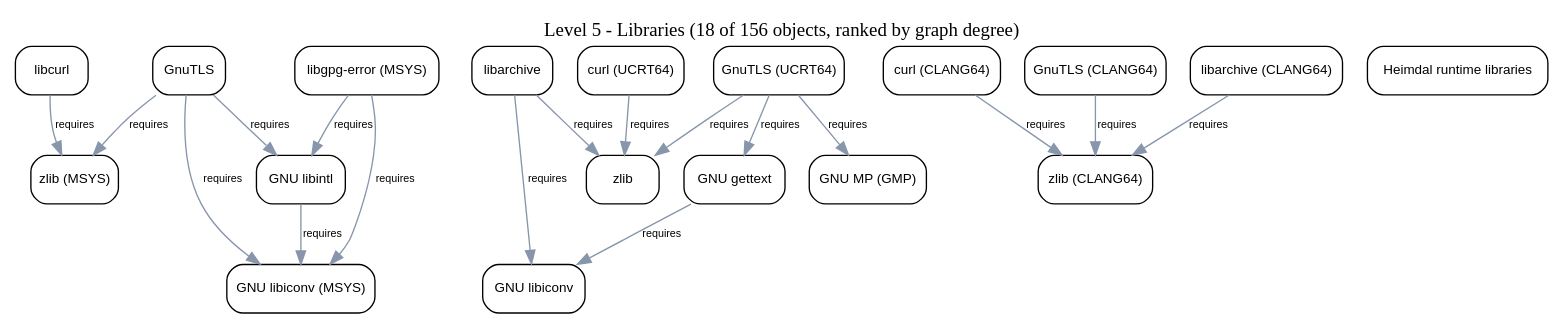
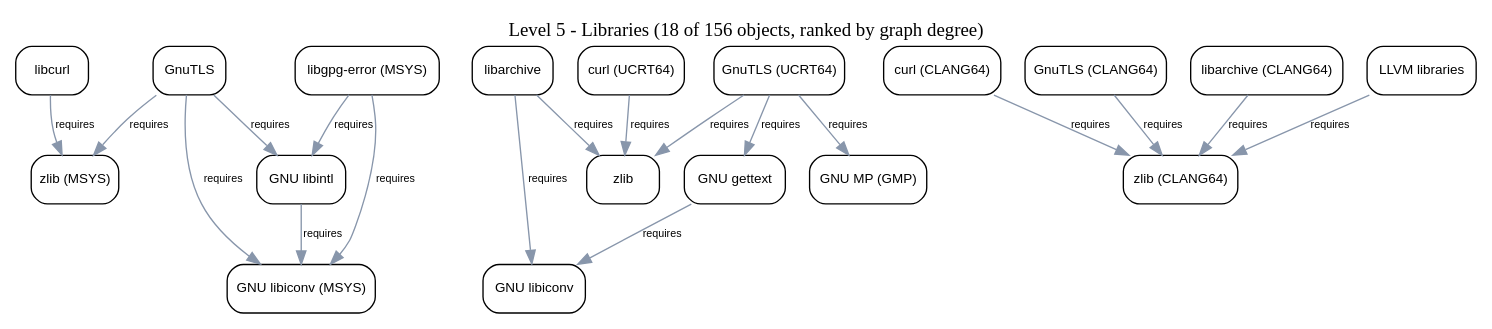
Before and after one commit to baileyrd/AKB: the diagram in diagrams/level-5.dot, drawn with Graphviz. The commit also changed 29 other files, not shown here.

```diff
--- a/diagrams/level-5.dot
+++ b/diagrams/level-5.dot
@@ -1,43 +1,44 @@
 // Generated from the composed model by tools/build_diagrams.py - do not edit by hand.
 digraph level_5 {
   rankdir=TB;
   node [shape=box style=rounded fontname="sans-serif" fontsize=10];
   edge [fontname="sans-serif" fontsize=8 color="#8896ab"];
   label="Level 5 - Libraries (18 of 156 objects, ranked by graph degree)";
   labelloc=t;
   n0 [label="GNU libintl" tooltip="library:gnu:libintl" URL="../generated/explorer/index.html#/object/library%3Agnu%3Alibintl"];
   n1 [label="libcurl" tooltip="library:curl:libcurl" URL="../generated/explorer/index.html#/object/library%3Acurl%3Alibcurl"];
   n2 [label="GNU libiconv (MSYS)" tooltip="library:gnu:libiconv@msys" URL="../generated/explorer/index.html#/object/library%3Agnu%3Alibiconv%40msys"];
   n3 [label="zlib" tooltip="library:gnu:zlib" URL="../generated/explorer/index.html#/object/library%3Agnu%3Azlib"];
   n4 [label="zlib (MSYS)" tooltip="library:gnu:zlib@msys" URL="../generated/explorer/index.html#/object/library%3Agnu%3Azlib%40msys"];
   n5 [label="curl (UCRT64)" tooltip="library:curl:curl@ucrt64" URL="../generated/explorer/index.html#/object/library%3Acurl%3Acurl%40ucrt64"];
   n6 [label="GnuTLS" tooltip="library:gnutls:gnutls" URL="../generated/explorer/index.html#/object/library%3Agnutls%3Agnutls"];
   n7 [label="libarchive" tooltip="library:libarchive:libarchive" URL="../generated/explorer/index.html#/object/library%3Alibarchive%3Alibarchive"];
   n8 [label="curl (CLANG64)" tooltip="library:curl:curl@clang64" URL="../generated/explorer/index.html#/object/library%3Acurl%3Acurl%40clang64"];
   n9 [label="GNU gettext" tooltip="library:gnu:gettext" URL="../generated/explorer/index.html#/object/library%3Agnu%3Agettext"];
   n10 [label="zlib (CLANG64)" tooltip="library:gnu:zlib@clang64" URL="../generated/explorer/index.html#/object/library%3Agnu%3Azlib%40clang64"];
   n11 [label="GnuTLS (CLANG64)" tooltip="library:gnutls:gnutls@clang64" URL="../generated/explorer/index.html#/object/library%3Agnutls%3Agnutls%40clang64"];
   n12 [label="GnuTLS (UCRT64)" tooltip="library:gnutls:gnutls@ucrt64" URL="../generated/explorer/index.html#/object/library%3Agnutls%3Agnutls%40ucrt64"];
-  n13 [label="libgpg-error (MSYS)" tooltip="library:gnupg:libgpg-error@msys" URL="../generated/explorer/index.html#/object/library%3Agnupg%3Alibgpg-error%40msys"];
-  n14 [label="libarchive (CLANG64)" tooltip="library:libarchive:libarchive@clang64" URL="../generated/explorer/index.html#/object/library%3Alibarchive%3Alibarchive%40clang64"];
-  n15 [label="GNU MP (GMP)" tooltip="library:gnu:gmp" URL="../generated/explorer/index.html#/object/library%3Agnu%3Agmp"];
-  n16 [label="GNU libiconv" tooltip="library:gnu:libiconv" URL="../generated/explorer/index.html#/object/library%3Agnu%3Alibiconv"];
-  n17 [label="Heimdal runtime libraries" tooltip="library:h5l:heimdal-libs" URL="../generated/explorer/index.html#/object/library%3Ah5l%3Aheimdal-libs"];
-  n9 -> n16 [label="requires"];
-  n7 -> n16 [label="requires"];
+  n13 [label="GNU libiconv" tooltip="library:gnu:libiconv" URL="../generated/explorer/index.html#/object/library%3Agnu%3Alibiconv"];
+  n14 [label="libgpg-error (MSYS)" tooltip="library:gnupg:libgpg-error@msys" URL="../generated/explorer/index.html#/object/library%3Agnupg%3Alibgpg-error%40msys"];
+  n15 [label="libarchive (CLANG64)" tooltip="library:libarchive:libarchive@clang64" URL="../generated/explorer/index.html#/object/library%3Alibarchive%3Alibarchive%40clang64"];
+  n16 [label="LLVM libraries" tooltip="library:llvm:llvm-libs" URL="../generated/explorer/index.html#/object/library%3Allvm%3Allvm-libs"];
+  n17 [label="GNU MP (GMP)" tooltip="library:gnu:gmp" URL="../generated/explorer/index.html#/object/library%3Agnu%3Agmp"];
+  n9 -> n13 [label="requires"];
+  n7 -> n13 [label="requires"];
   n7 -> n3 [label="requires"];
   n6 -> n0 [label="requires"];
-  n13 -> n0 [label="requires"];
+  n14 -> n0 [label="requires"];
   n6 -> n2 [label="requires"];
   n0 -> n2 [label="requires"];
-  n13 -> n2 [label="requires"];
+  n14 -> n2 [label="requires"];
   n1 -> n4 [label="requires"];
   n11 -> n10 [label="requires"];
   n8 -> n10 [label="requires"];
-  n14 -> n10 [label="requires"];
+  n15 -> n10 [label="requires"];
+  n16 -> n10 [label="requires"];
   n5 -> n3 [label="requires"];
   n12 -> n9 [label="requires"];
-  n12 -> n15 [label="requires"];
+  n12 -> n17 [label="requires"];
   n12 -> n3 [label="requires"];
   n6 -> n4 [label="requires"];
 }
```
